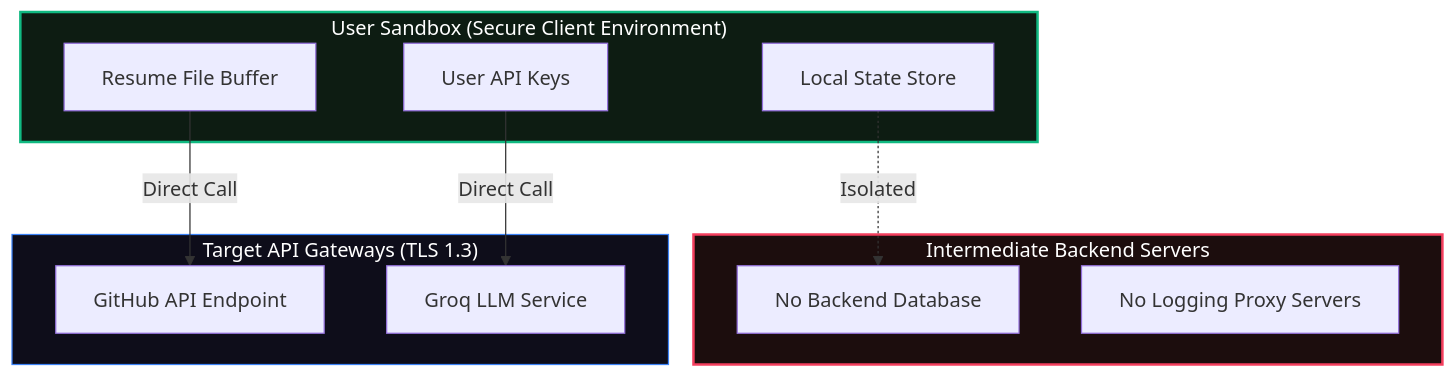
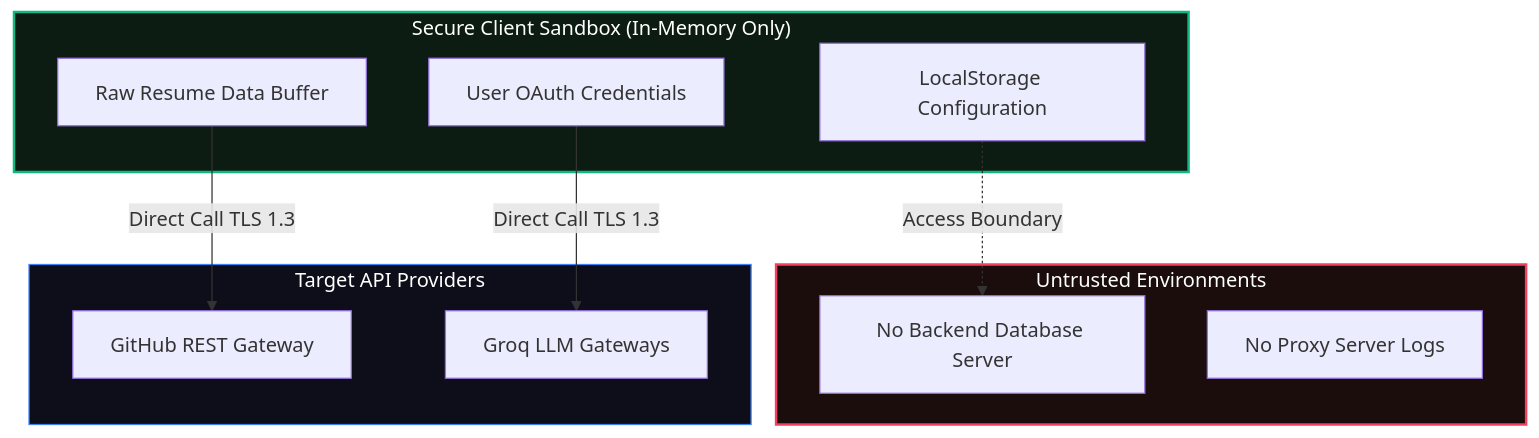
Before and after one commit to ChiragSharma-DEV/CareerLaunch-AI: the eighth of 11 diagrams in README.md, drawn with Mermaid. The commit also changed other lines of this file and 1 other file, not shown here.

Commit message:
docs: upgrade README to ultra-premium design with expanded system architecture diagrams

````diff
--- a/README.md
+++ b/README.md
@@ -479,26 +387,26 @@
 ```mermaid
 graph TD
-    subgraph SafeZone ["User Sandbox (Secure Client Environment)"]
-        A[Resume File Buffer]
-        B[User API Keys]
-        C[Local State Store]
+    subgraph BrowserSandbox ["Secure Client Sandbox (In-Memory Only)"]
+        A[Raw Resume Data Buffer]
+        B[User OAuth Credentials]
+        C[LocalStorage Configuration]
     end
     
-    subgraph UnsecureZone ["Intermediate Backend Servers"]
-        D[No Backend Database]
-        E[No Logging Proxy Servers]
+    subgraph Blocked ["Untrusted Environments"]
+        D[No Backend Database Server]
+        E[No Proxy Server Logs]
     end
     
-    subgraph CloudGateways ["Target API Gateways (TLS 1.3)"]
-        F[GitHub API Endpoint]
-        G[Groq LLM Service]
+    subgraph Gateways ["Target API Providers"]
+        F[GitHub REST Gateway]
+        G[Groq LLM Gateways]
     end
 
-    A -->|Direct Call| F
-    B -->|Direct Call| G
-    C -.->|Isolated| D
+    A -->|Direct Call TLS 1.3| F
+    B -->|Direct Call TLS 1.3| G
+    C -.->|Access Boundary| D
 
-    style SafeZone fill:#0d1c12,stroke:#10b981,stroke-width:2px,color:#fff
-    style UnsecureZone fill:#1c0d0d,stroke:#f43f5e,stroke-width:2px,color:#fff
-    style CloudGateways fill:#0e0d1a,stroke:#3b82f6,color:#fff
+    style BrowserSandbox fill:#0d1c12,stroke:#10b981,stroke-width:2px,color:#fff
+    style Blocked fill:#1c0d0d,stroke:#f43f5e,stroke-width:2px,color:#fff
+    style Gateways fill:#0e0d1a,stroke:#3b82f6,color:#fff
 ```
````
